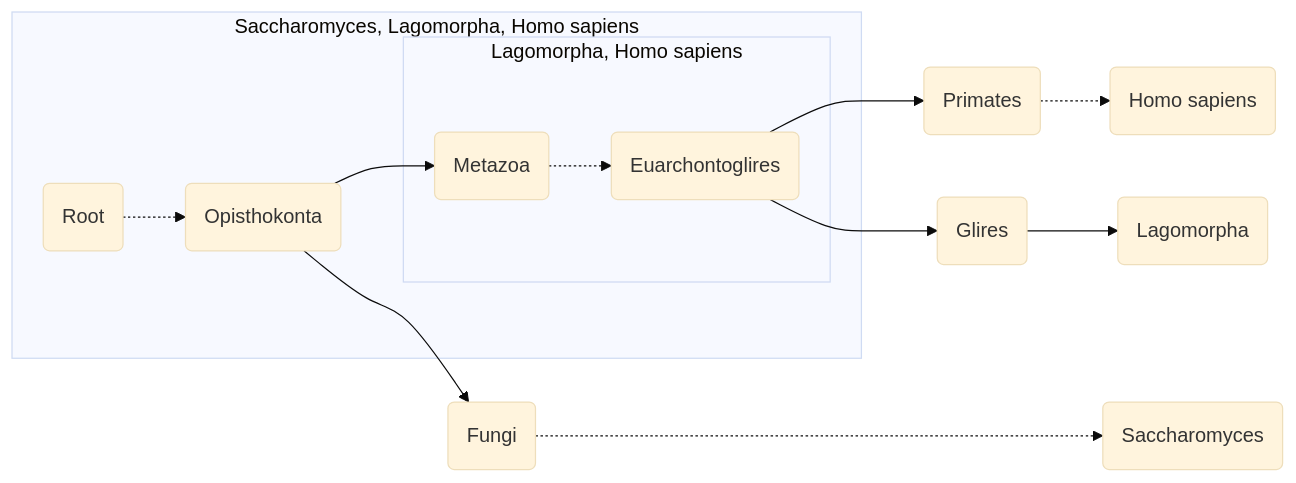
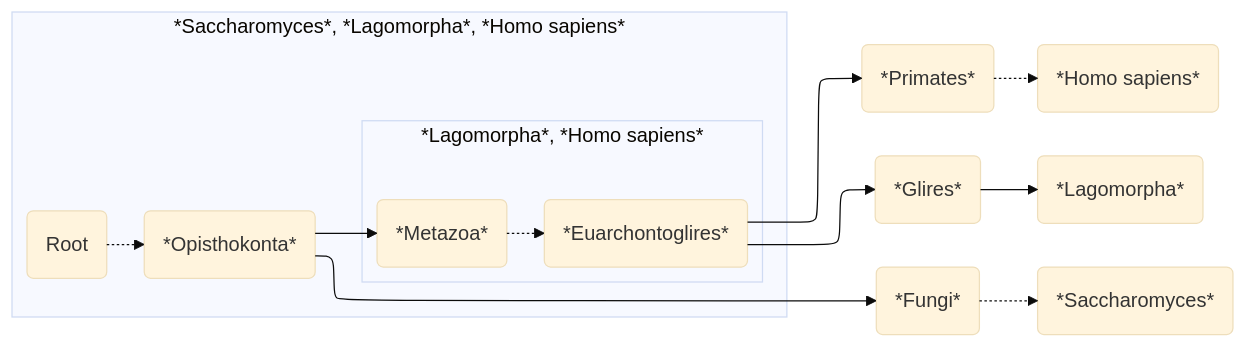
The second of 3 diagrams in docs/guide.md (apcamargo/taxopy), drawn with Mermaid (base theme) before and after one commit. The commit also changed other lines of this file and 3 other files, not shown here.

Commit message:
docs: use the ELK layout in diagrams

````diff
--- a/docs/guide.md
+++ b/docs/guide.md
@@ -149,14 +153,18 @@
 ```mermaid
+---
+config:
+  layout: elk
+---
 graph LR
-    subgraph cluster1 ["Saccharomyces, Lagomorpha, Homo sapiens"]
-        R(Root) -.-> O(Opisthokonta) --> M(Metazoa)
-        subgraph cluster2 ["Lagomorpha, Homo sapiens"]
-            M -.-> E(Euarchontoglires)
+    subgraph cluster1 ["*Saccharomyces*, *Lagomorpha*, *Homo sapiens*"]
+        R(Root) -.-> O(*Opisthokonta*) --> M(*Metazoa*)
+        subgraph cluster2 ["*Lagomorpha*, *Homo sapiens*"]
+            M -.-> E(*Euarchontoglires*)
         end
     end
-    E --> P(Primates)
-    P -.-> H(Homo sapiens)
-    E --> G(Glires)
-    G --> L(Lagomorpha)
-    O --> F(Fungi) -...-> S(Saccharomyces)
+    E --> P(*Primates*)
+    P -.-> H(*Homo sapiens*)
+    E --> G(*Glires*)
+    G --> L(*Lagomorpha*)
+    O --> F(*Fungi*) -...-> S(*Saccharomyces*)
 ```
````
